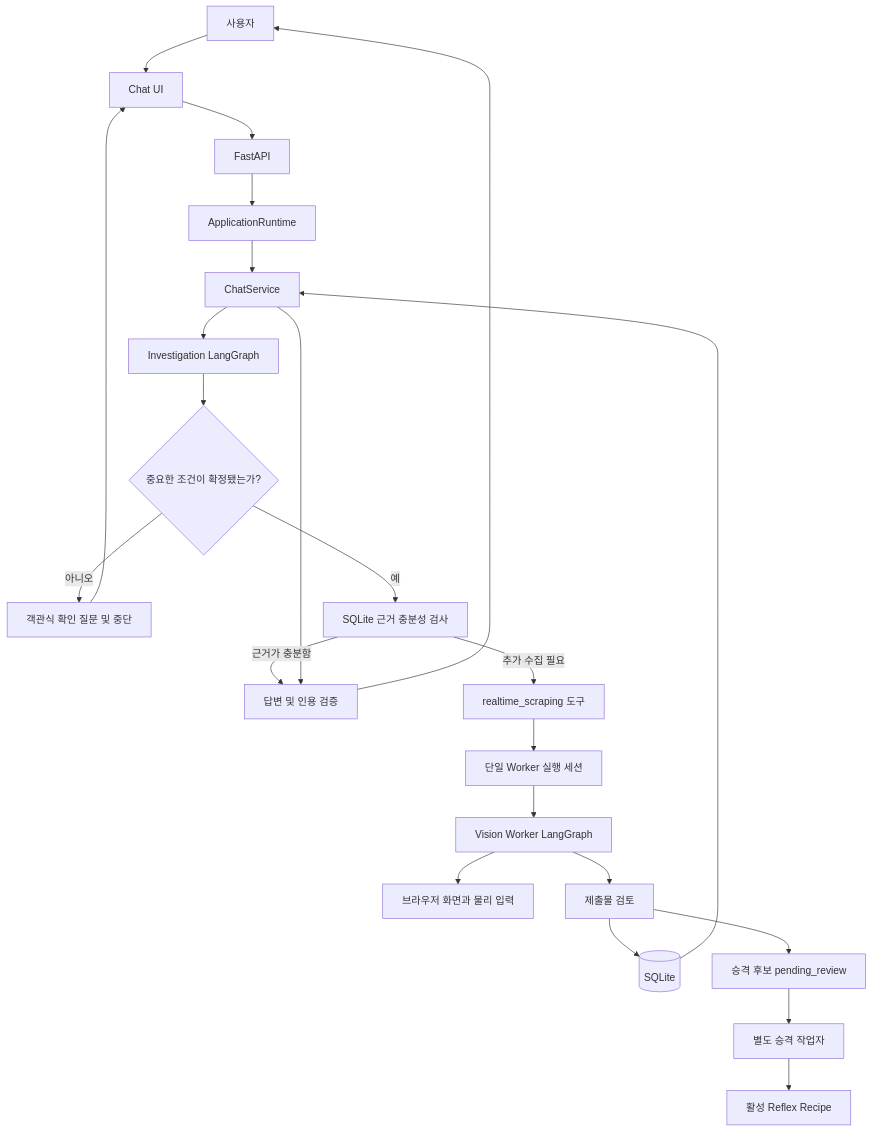
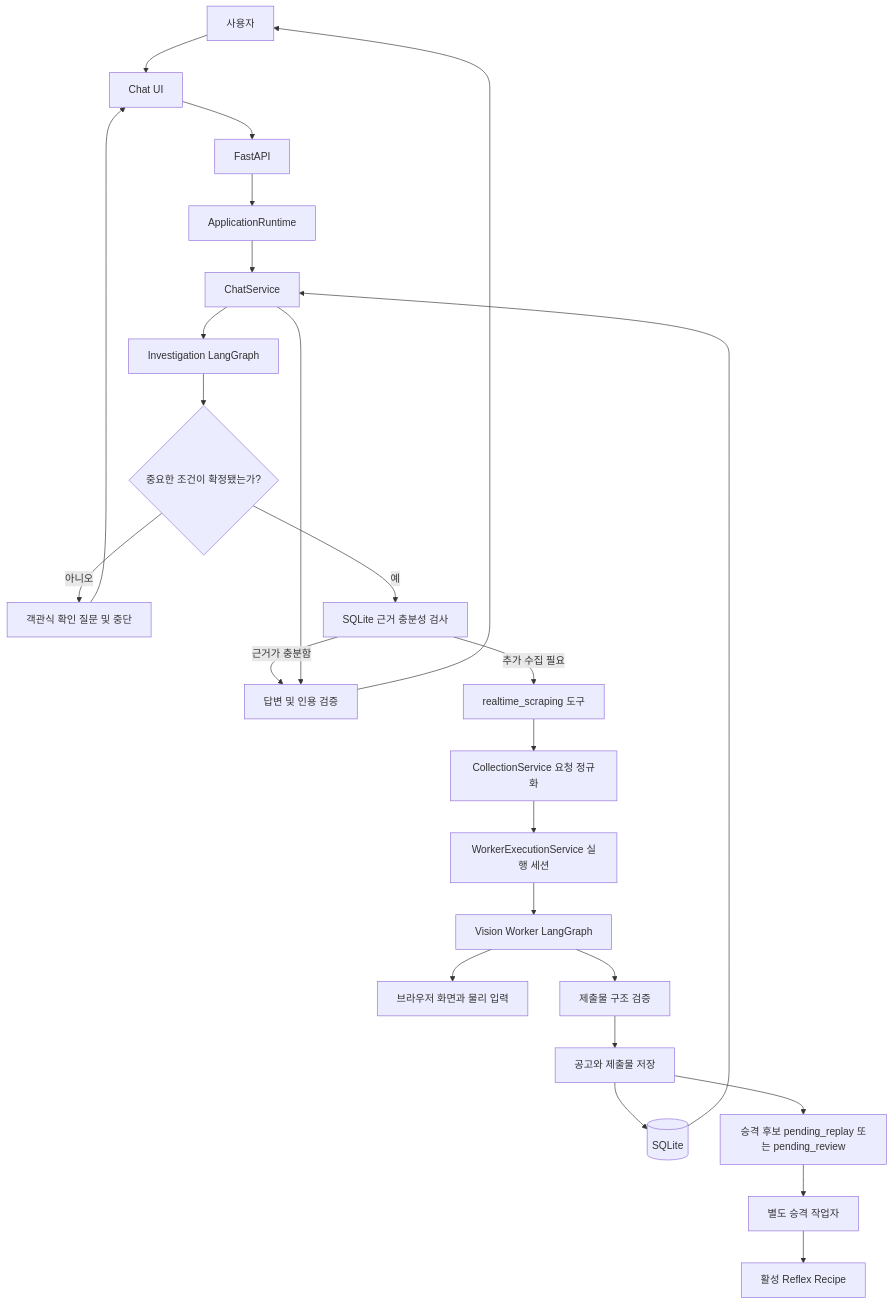
Before and after one commit to Dreamtreeme/L2C: the first of 2 diagrams in ARCHITECTURE.md, drawn with Mermaid. The commit also changed other lines of this file and 129 other files, not shown here.

````diff
--- a/ARCHITECTURE.md
+++ b/ARCHITECTURE.md
@@ -7,25 +7,27 @@
 ```mermaid
 flowchart TD
     U[사용자] --> UI[Chat UI]
     UI --> API[FastAPI]
     API --> RT[ApplicationRuntime]
     RT --> CS[ChatService]
     CS --> PLAN[Investigation LangGraph]
     PLAN --> CLARIFY{중요한 조건이 확정됐는가?}
     CLARIFY -->|아니오| INPUT[객관식 확인 질문 및 중단]
     INPUT --> UI
     CLARIFY -->|예| DBQ[SQLite 근거 충분성 검사]
     DBQ -->|근거가 충분함| ANSWER[답변 및 인용 검증]
     DBQ -->|추가 수집 필요| TOOL[realtime_scraping 도구]
-    TOOL --> LOCK[단일 Worker 실행 세션]
+    TOOL --> COLLECTION[CollectionService 요청 정규화]
+    COLLECTION --> LOCK[WorkerExecutionService 실행 세션]
     LOCK --> WG[Vision Worker LangGraph]
     WG --> WEB[브라우저 화면과 물리 입력]
-    WG --> REVIEW[제출물 검토]
-    REVIEW --> DB[(SQLite)]
-    REVIEW --> CANDIDATE[승격 후보 pending_review]
+    WG --> VALIDATION[제출물 구조 검증]
+    VALIDATION --> PERSIST[공고와 제출물 저장]
+    PERSIST --> DB[(SQLite)]
+    PERSIST --> CANDIDATE[승격 후보 pending_replay 또는 pending_review]
     CANDIDATE --> PROMOTION[별도 승격 작업자]
     PROMOTION --> RECIPE[활성 Reflex Recipe]
     DB --> CS
     CS --> ANSWER
     ANSWER --> U
 ```
````
